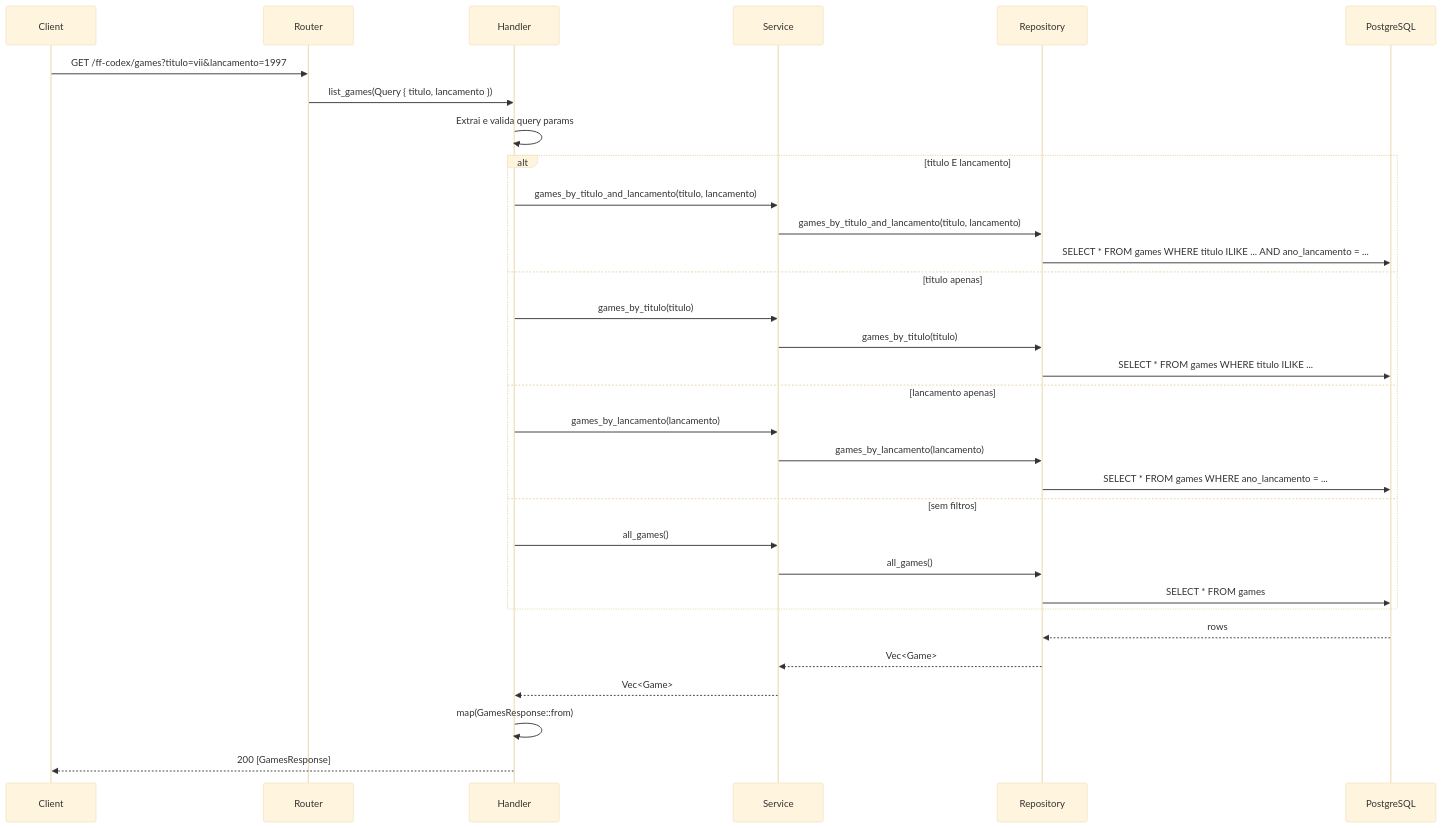
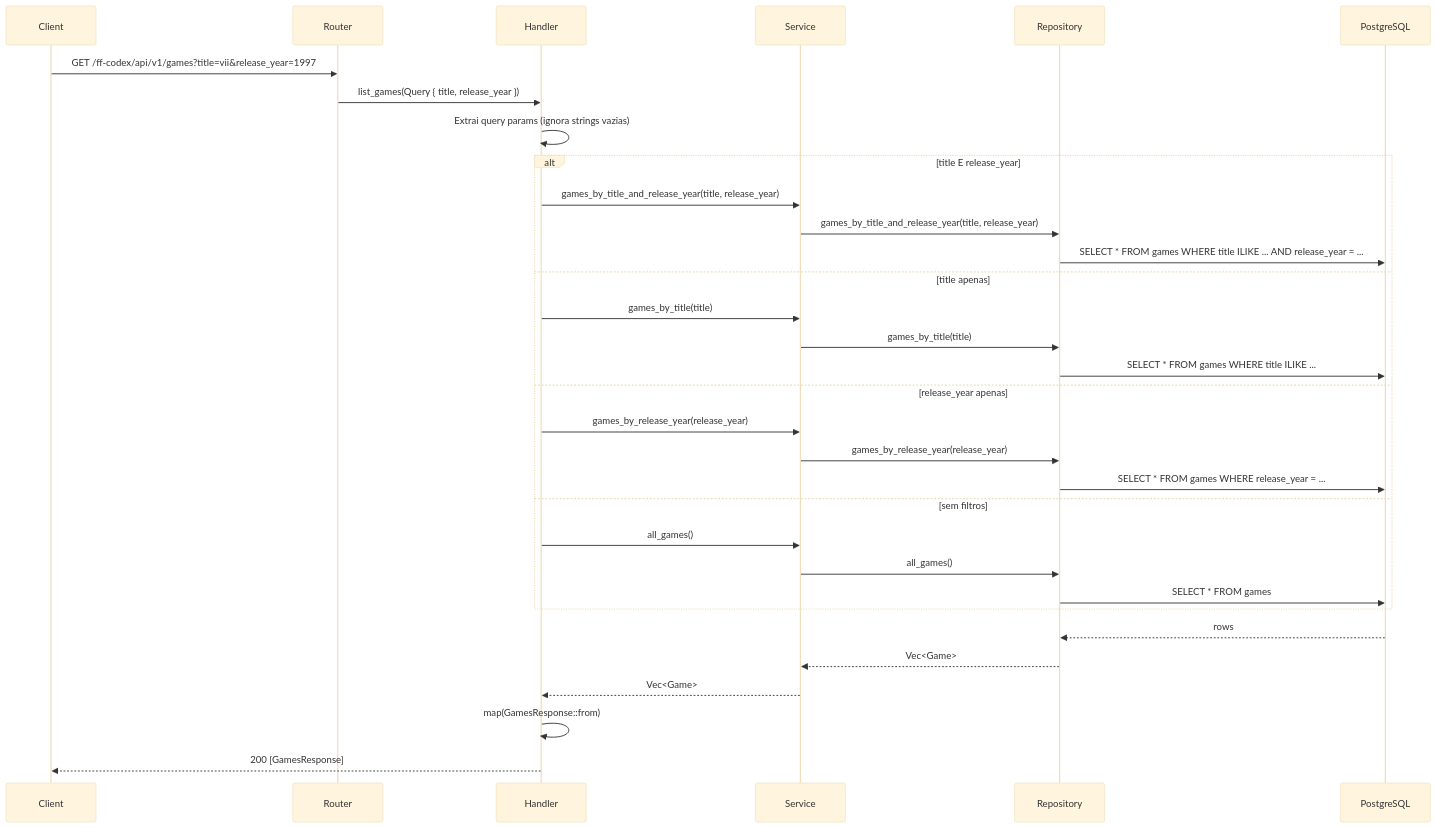
One commit to Daniel-Dos/ff-codex changed the third of 7 diagrams in README.md. Above: the diagram before and after it, drawn with Mermaid (base theme). The commit also changed other lines of this file and 11 other files, not shown here.

````diff
--- a/README.md
+++ b/README.md
@@ -141,37 +161,37 @@
 ```mermaid
 sequenceDiagram
     participant C as Client
     participant R as Router
     participant H as Handler
     participant S as Service
     participant RE as Repository
     participant DB as PostgreSQL
 
-    C->>R: GET /ff-codex/games?titulo=vii&lancamento=1997
-    R->>H: list_games(Query { titulo, lancamento })
-    H->>H: Extrai e valida query params
+    C->>R: GET /ff-codex/api/v1/games?title=vii&release_year=1997
+    R->>H: list_games(Query { title, release_year })
+    H->>H: Extrai query params (ignora strings vazias)
 
-    alt titulo E lancamento
-        H->>S: games_by_titulo_and_lancamento(titulo, lancamento)
-        S->>RE: games_by_titulo_and_lancamento(titulo, lancamento)
-        RE->>DB: SELECT * FROM games WHERE titulo ILIKE ... AND ano_lancamento = ...
-    else titulo apenas
-        H->>S: games_by_titulo(titulo)
-        S->>RE: games_by_titulo(titulo)
-        RE->>DB: SELECT * FROM games WHERE titulo ILIKE ...
-    else lancamento apenas
-        H->>S: games_by_lancamento(lancamento)
-        S->>RE: games_by_lancamento(lancamento)
-        RE->>DB: SELECT * FROM games WHERE ano_lancamento = ...
+    alt title E release_year
+        H->>S: games_by_title_and_release_year(title, release_year)
+        S->>RE: games_by_title_and_release_year(title, release_year)
+        RE->>DB: SELECT * FROM games WHERE title ILIKE ... AND release_year = ...
+    else title apenas
+        H->>S: games_by_title(title)
+        S->>RE: games_by_title(title)
+        RE->>DB: SELECT * FROM games WHERE title ILIKE ...
+    else release_year apenas
+        H->>S: games_by_release_year(release_year)
+        S->>RE: games_by_release_year(release_year)
+        RE->>DB: SELECT * FROM games WHERE release_year = ...
     else sem filtros
         H->>S: all_games()
         S->>RE: all_games()
         RE->>DB: SELECT * FROM games
     end
 
     DB-->>RE: rows
     RE-->>S: Vec<Game>
     S-->>H: Vec<Game>
     H->>H: map(GamesResponse::from)
     H-->>C: 200 [GamesResponse]
 ```
````
